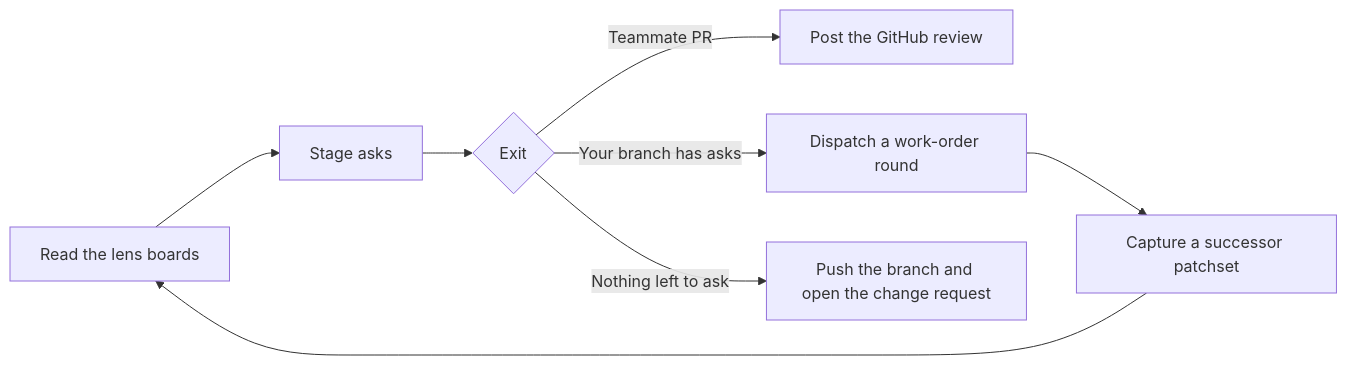
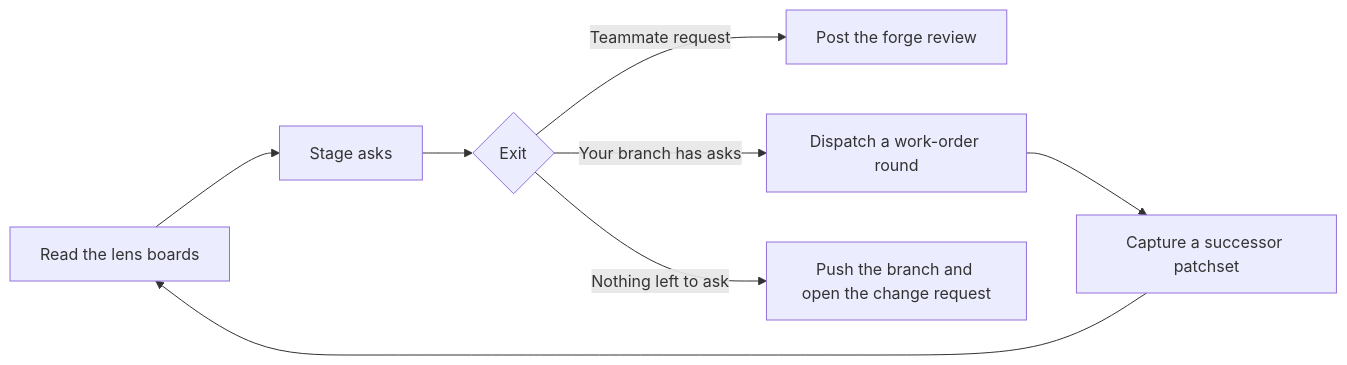
One commit to rbutera/Rennet changed the second of 3 diagrams in docs/developing/decisions/contracts-and-rulings.md. Above: the diagram before and after it, drawn with Mermaid. The commit also changed other lines of this file and 30 other files, not shown here.

Commit message:
feat: add GitLab forge operations

````diff
--- a/docs/developing/decisions/contracts-and-rulings.md
+++ b/docs/developing/decisions/contracts-and-rulings.md
@@ -113,10 +114,10 @@
 ```mermaid
 flowchart LR
   read["Read the lens boards"] --> stage["Stage asks"]
   stage --> exit{"Exit"}
-  exit -->|Teammate PR| post["Post the GitHub review"]
+  exit -->|Teammate request| post["Post the forge review"]
   exit -->|Your branch has asks| round["Dispatch a work-order round"]
   round --> successor["Capture a successor patchset"]
   successor --> read
   exit -->|Nothing left to ask| pr["Push the branch and open the change request"]
 ```
````
